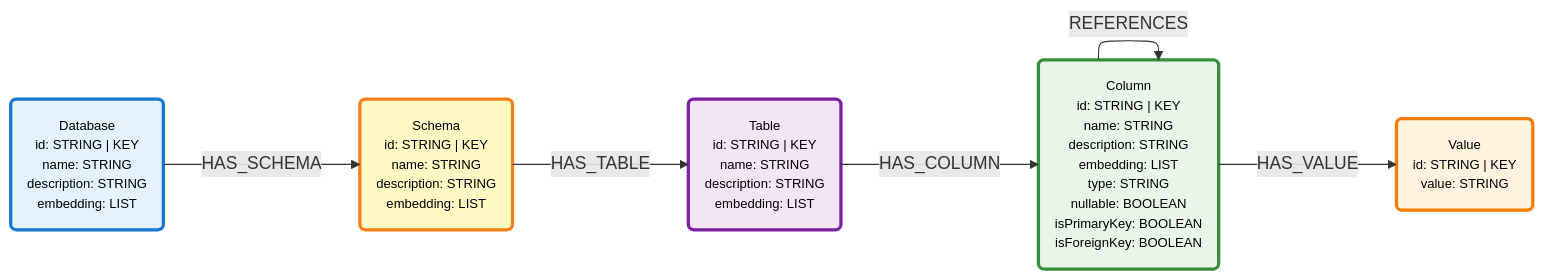
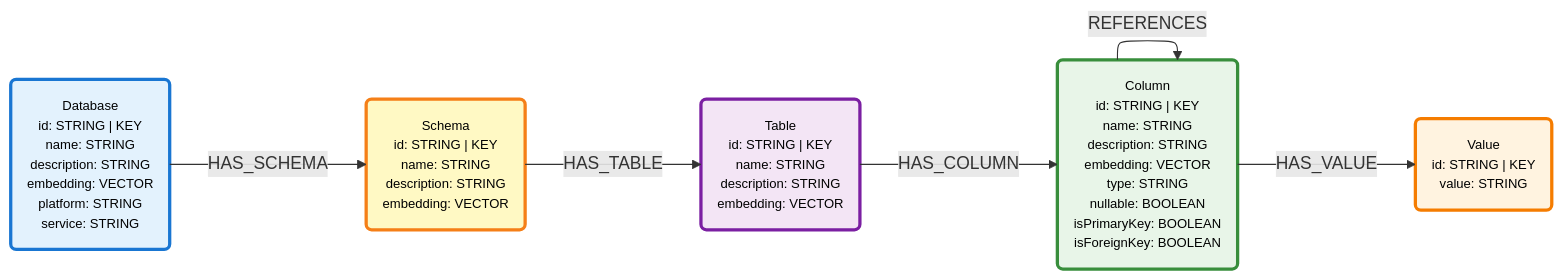
The diagram in assets/mermaid/data_model/sql-graph-data-model-expanded-1.mmd (neo4j-field/neocarta), drawn with Mermaid before and after one commit. The commit also changed 6 other files, not shown here.

```diff
--- a/assets/mermaid/data_model/sql-graph-data-model-expanded-1.mmd
+++ b/assets/mermaid/data_model/sql-graph-data-model-expanded-1.mmd
@@ -1,35 +1,35 @@
 ---
 config:
     layout: elk
 ---
 graph LR
 %% Nodes
-Database("Database<br/>id: STRING | KEY<br/>name: STRING<br/>description: STRING<br/>embedding: LIST")
-Schema("Schema<br/>id: STRING | KEY<br/>name: STRING<br/>description: STRING<br/>embedding: LIST")
-Table("Table<br/>id: STRING | KEY<br/>name: STRING<br/>description: STRING<br/>embedding: LIST")
-Column("Column<br/>id: STRING | KEY<br/>name: STRING<br/>description: STRING<br/>embedding: LIST<br/>type: STRING<br/>nullable: BOOLEAN<br/>isPrimaryKey: BOOLEAN<br/>isForeignKey: BOOLEAN")
+Database("Database<br/>id: STRING | KEY<br/>name: STRING<br/>description: STRING<br/>embedding: VECTOR<br/>platform: STRING<br/>service: STRING")
+Schema("Schema<br/>id: STRING | KEY<br/>name: STRING<br/>description: STRING<br/>embedding: VECTOR")
+Table("Table<br/>id: STRING | KEY<br/>name: STRING<br/>description: STRING<br/>embedding: VECTOR")
+Column("Column<br/>id: STRING | KEY<br/>name: STRING<br/>description: STRING<br/>embedding: VECTOR<br/>type: STRING<br/>nullable: BOOLEAN<br/>isPrimaryKey: BOOLEAN<br/>isForeignKey: BOOLEAN")
 Value("Value<br/>id: STRING | KEY<br/>value: STRING")
 
 %% Relationships
 Database -->|HAS_SCHEMA| Schema
 Schema -->|HAS_TABLE| Table
 Table -->|HAS_COLUMN| Column
 Column -->|REFERENCES| Column
 Column -->|HAS_VALUE| Value
 
 
 %% Styling
 classDef node_0_color fill:#e3f2fd,stroke:#1976d2,stroke-width:3px,color:#000,font-size:12px
 class Database node_0_color
 
 classDef node_1_color fill:#fff9c4,stroke:#f57f17,stroke-width:3px,color:#000,font-size:12px
 class Schema node_1_color
 
 classDef node_2_color fill:#f3e5f5,stroke:#7b1fa2,stroke-width:3px,color:#000,font-size:12px
 class Table node_2_color
 
 classDef node_3_color fill:#e8f5e8,stroke:#388e3c,stroke-width:3px,color:#000,font-size:12px
 class Column node_3_color
 
 classDef node_4_color fill:#fff3e0,stroke:#f57c00,stroke-width:3px,color:#000,font-size:12px
 class Value node_4_color
```
